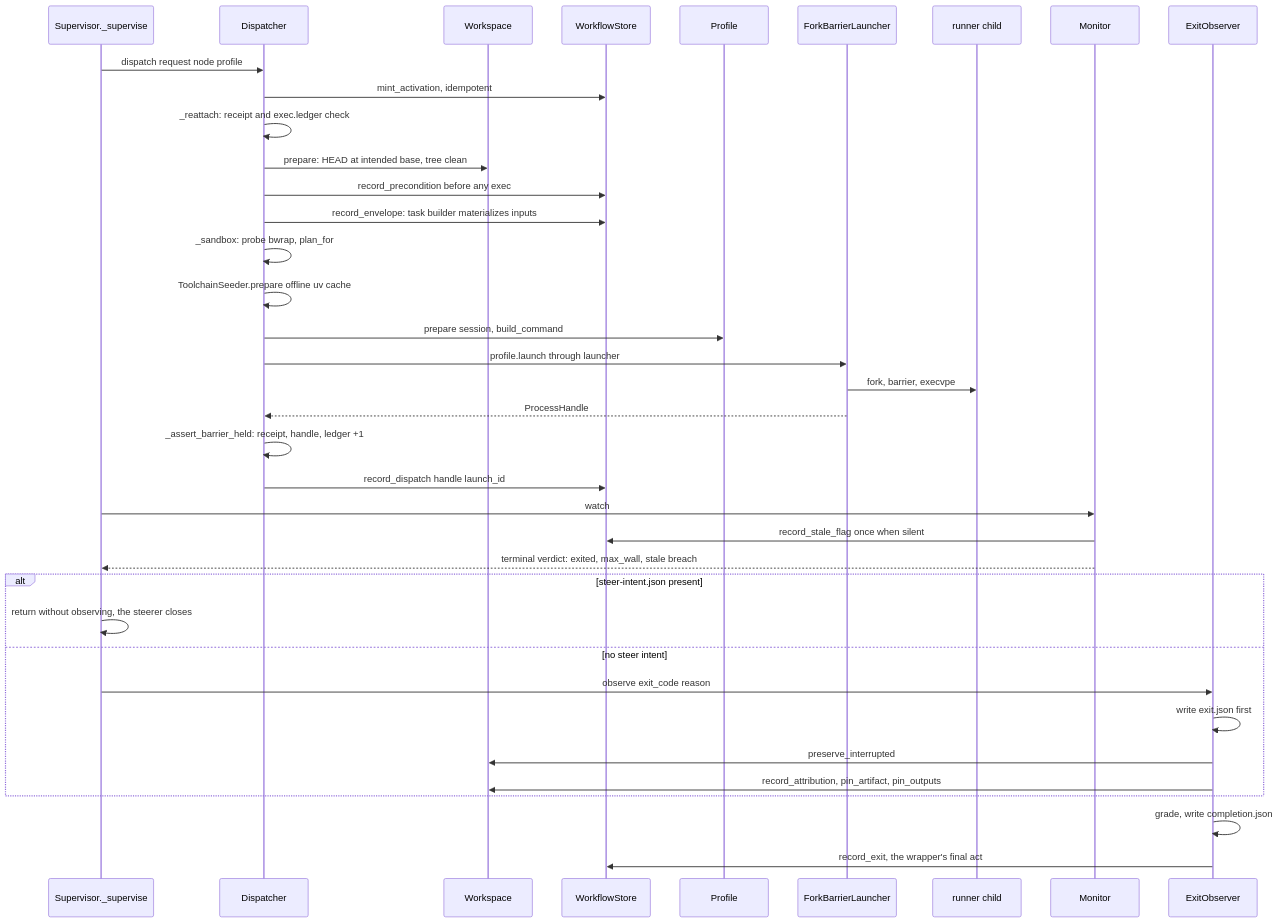
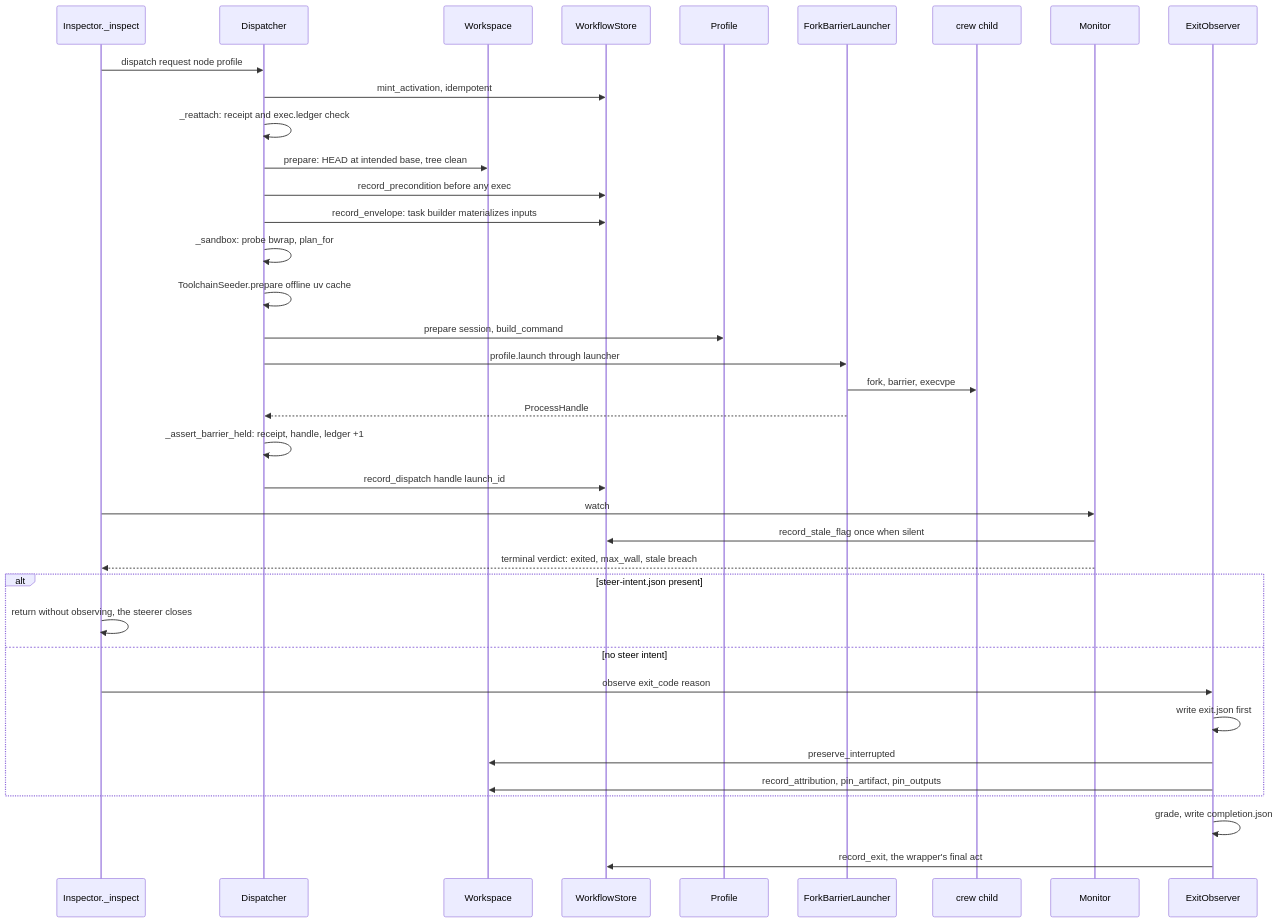
One commit to MVPavan/coding-ritual changed diagram 27 of 46 in docs/workflow-interpreter-guide/diagrams.md. Above: the diagram before and after it, drawn with Mermaid. The commit also changed other lines of this file and 361 other files, not shown here.

````diff
--- a/docs/workflow-interpreter-guide/diagrams.md
+++ b/docs/workflow-interpreter-guide/diagrams.md
@@ -1195,39 +1195,39 @@
 ```mermaid
 sequenceDiagram
-  participant RW as Supervisor._supervise
+  participant RW as Inspector._inspect
   participant D as Dispatcher
   participant W as Workspace
   participant St as WorkflowStore
   participant P as Profile
   participant L as ForkBarrierLauncher
-  participant C as runner child
+  participant C as crew child
   participant M as Monitor
   participant O as ExitObserver
   RW->>D: dispatch request node profile
   D->>St: mint_activation, idempotent
   D->>D: _reattach: receipt and exec.ledger check
   D->>W: prepare: HEAD at intended base, tree clean
   D->>St: record_precondition before any exec
   D->>St: record_envelope: task builder materializes inputs
   D->>D: _sandbox: probe bwrap, plan_for
   D->>D: ToolchainSeeder.prepare offline uv cache
   D->>P: prepare session, build_command
   D->>L: profile.launch through launcher
   L->>C: fork, barrier, execvpe
   L-->>D: ProcessHandle
   D->>D: _assert_barrier_held: receipt, handle, ledger +1
   D->>St: record_dispatch handle launch_id
   RW->>M: watch
   M->>St: record_stale_flag once when silent
   M-->>RW: terminal verdict: exited, max_wall, stale breach
   alt steer-intent.json present
     RW->>RW: return without observing, the steerer closes
   else no steer intent
     RW->>O: observe exit_code reason
     O->>O: write exit.json first
     O->>W: preserve_interrupted
     O->>W: record_attribution, pin_artifact, pin_outputs
   end
   O->>O: grade, write completion.json
   O->>St: record_exit, the wrapper's final act
 ```
````
